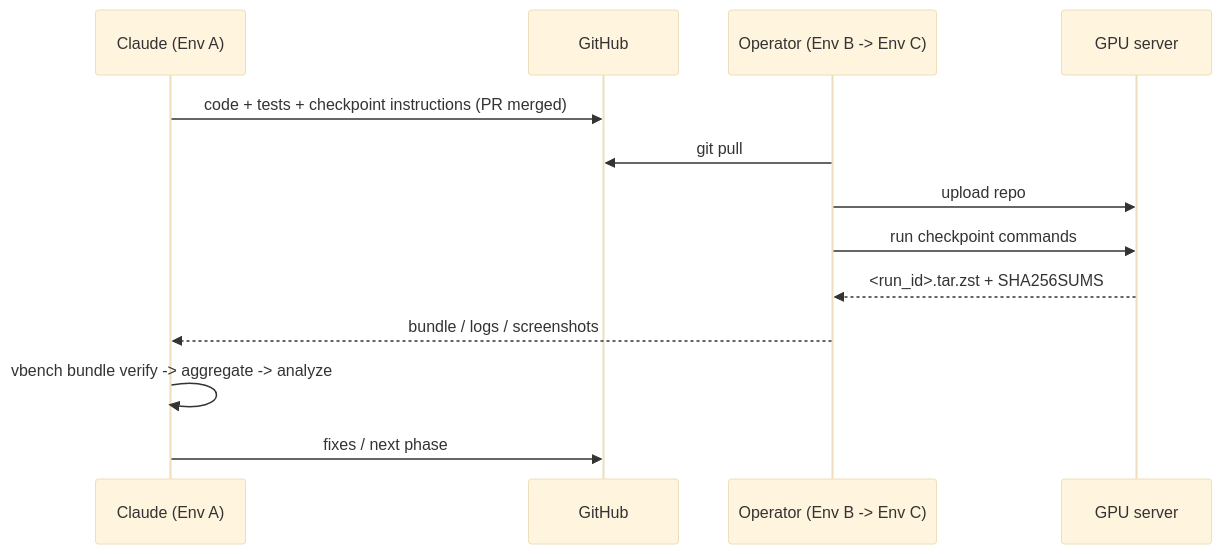
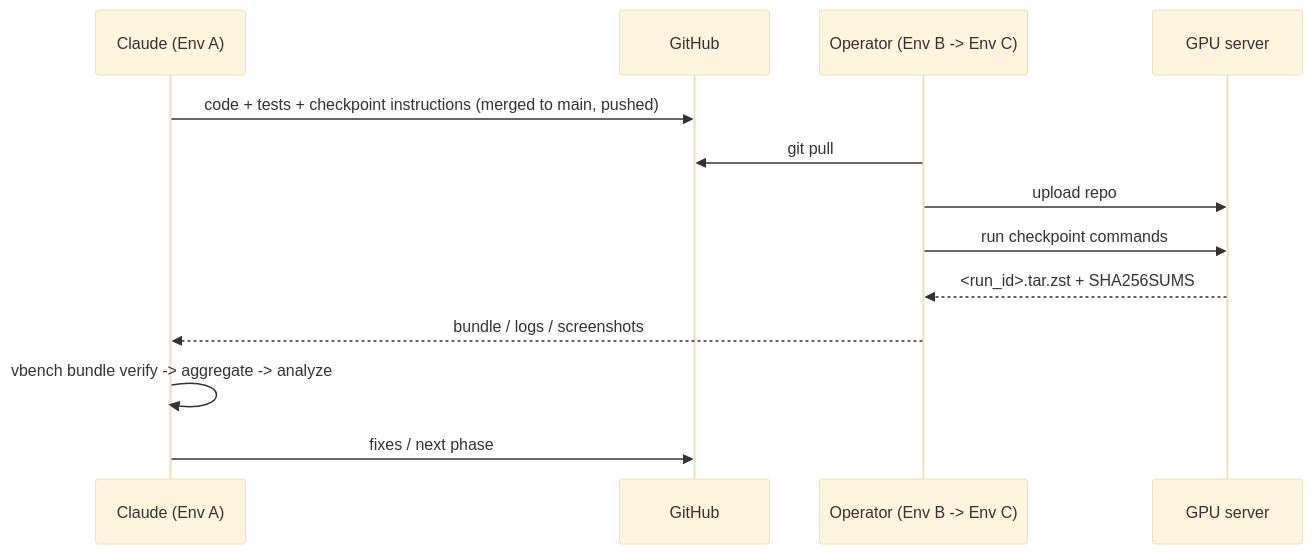
The diagram in docs/IMPLEMENTATION_ROADMAP.md (phivan3008/AI-Call-Center-Benchmark), drawn with Mermaid (base theme) before and after one commit. The commit also changed other lines of this file and 9 other files, not shown here.

````diff
--- a/docs/IMPLEMENTATION_ROADMAP.md
+++ b/docs/IMPLEMENTATION_ROADMAP.md
@@ -25,15 +28,15 @@
 ```mermaid
 sequenceDiagram
     participant C as Claude (Env A)
     participant G as GitHub
     participant O as Operator (Env B -> Env C)
     participant S as GPU server
-    C->>G: code + tests + checkpoint instructions (PR merged)
+    C->>G: code + tests + checkpoint instructions (merged to main, pushed)
     O->>G: git pull
     O->>S: upload repo
     O->>S: run checkpoint commands
     S-->>O: <run_id>.tar.zst + SHA256SUMS
     O-->>C: bundle / logs / screenshots
     C->>C: vbench bundle verify -> aggregate -> analyze
     C->>G: fixes / next phase
 ```
````
